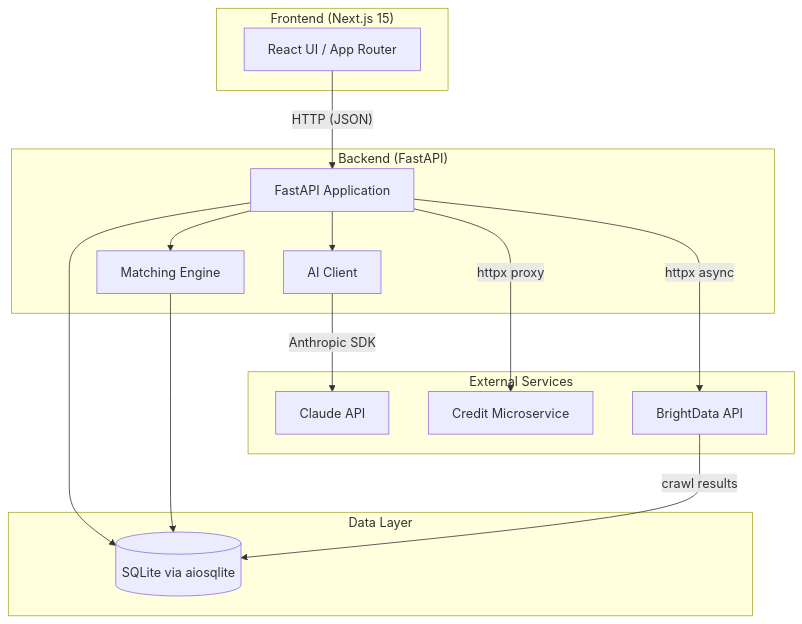
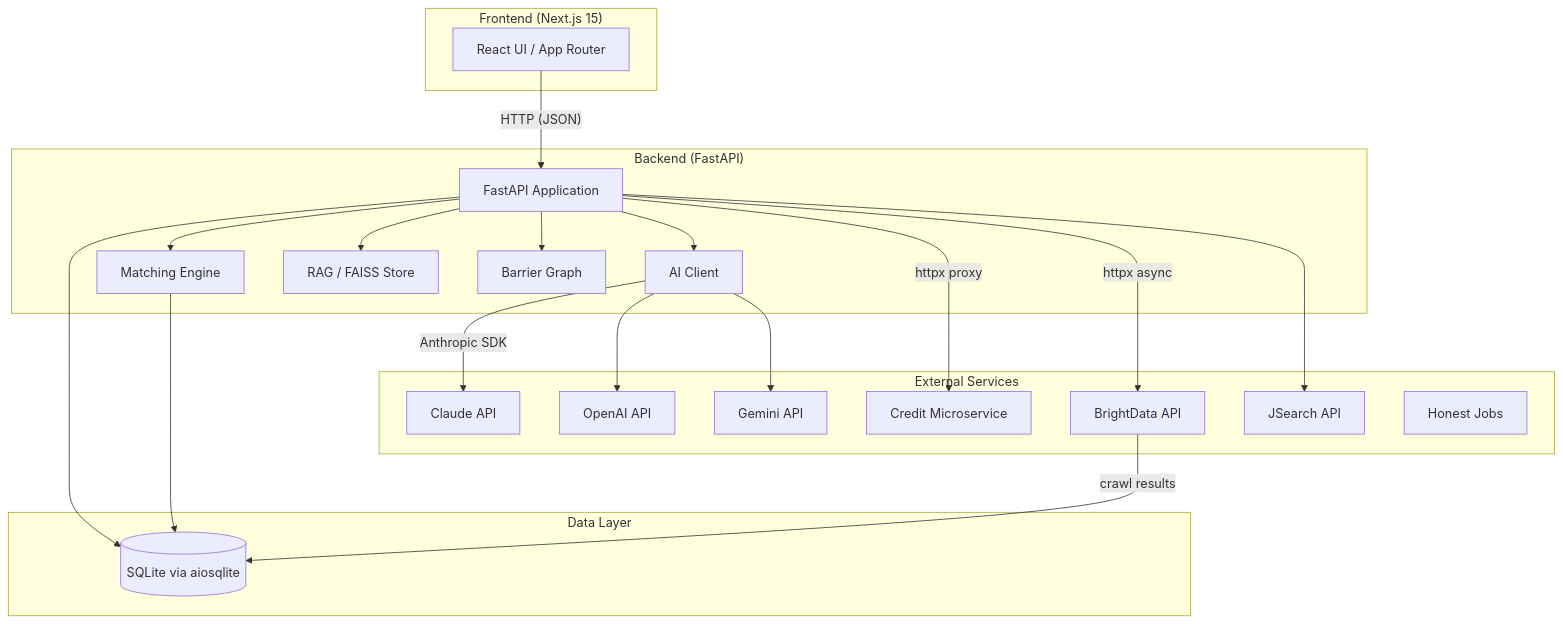
One commit to fivedollarfridays/montgowork changed the first of 3 diagrams in docs/architecture.md. Above: the diagram before and after it, drawn with Mermaid. The commit also changed other lines of this file and 4 other files, not shown here.

````diff
--- a/docs/architecture.md
+++ b/docs/architecture.md
@@ -11,32 +11,43 @@
 ```mermaid
 graph TB
     subgraph Frontend ["Frontend (Next.js 15)"]
         UI[React UI / App Router]
     end
 
     subgraph Backend ["Backend (FastAPI)"]
         API[FastAPI Application]
         ME[Matching Engine]
         AI[AI Client]
+        RAG[RAG / FAISS Store]
+        BGraph[Barrier Graph]
     end
 
     subgraph Data ["Data Layer"]
         DB[(SQLite via aiosqlite)]
     end
 
     subgraph External ["External Services"]
         Claude[Claude API]
+        OpenAI[OpenAI API]
+        Gemini[Gemini API]
         Credit[Credit Microservice]
         BD[BrightData API]
+        JSearch[JSearch API]
+        HonestJobs[Honest Jobs]
     end
 
     UI -- "HTTP (JSON)" --> API
     API --> ME
     API --> AI
+    API --> RAG
+    API --> BGraph
     API --> DB
+    API --> JSearch
     ME --> DB
     AI -- "Anthropic SDK" --> Claude
+    AI --> OpenAI
+    AI --> Gemini
     API -- "httpx proxy" --> Credit
     API -- "httpx async" --> BD
     BD -- "crawl results" --> DB
 ```
````
